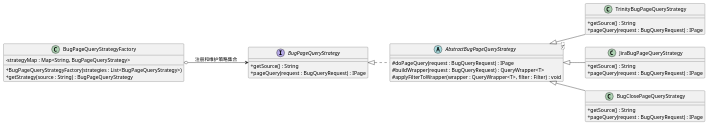
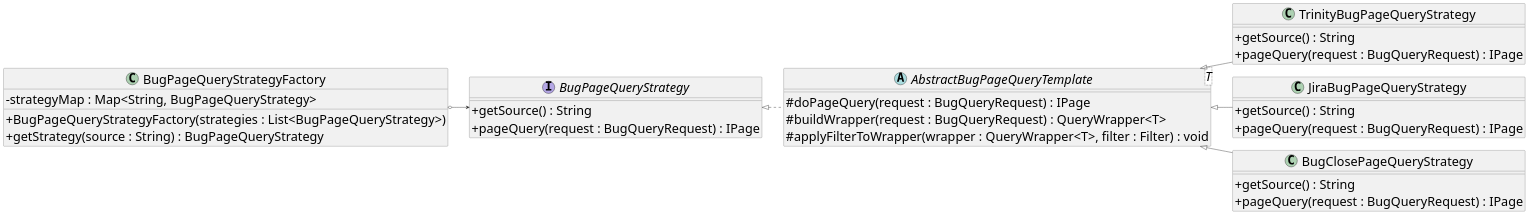
Before and after one commit to Moon-Knight1/SEU-Graduation-Thesis-Template: the diagram in imgs/code/缺陷管理/设计模式类图.puml, drawn with PlantUML. The commit also changed 45 other files, not shown here.

```diff
--- a/imgs/code/缺陷管理/设计模式类图.puml
+++ b/imgs/code/缺陷管理/设计模式类图.puml
@@ -1,45 +1,46 @@
 @startuml
+skinparam defaultFontSize 35
 skinparam classAttributeIconSize 0
 skinparam packageStyle rectangle
 left to right direction
 
     class BugPageQueryStrategyFactory {
         - strategyMap : Map<String, BugPageQueryStrategy>
         + BugPageQueryStrategyFactory(strategies : List<BugPageQueryStrategy>)
         + getStrategy(source : String) : BugPageQueryStrategy
     }
 
     interface BugPageQueryStrategy {
         + getSource() : String
         + pageQuery(request : BugQueryRequest) : IPage
     }
 
-    abstract class AbstractBugPageQueryStrategy<T> {
+    abstract class AbstractBugPageQueryTemplate<T> {
         # doPageQuery(request : BugQueryRequest) : IPage
         # buildWrapper(request : BugQueryRequest) : QueryWrapper<T>
         # applyFilterToWrapper(wrapper : QueryWrapper<T>, filter : Filter) : void
     }
 
     class TrinityBugPageQueryStrategy {
         + getSource() : String
         + pageQuery(request : BugQueryRequest) : IPage
     }
 
     class JiraBugPageQueryStrategy {
         + getSource() : String
         + pageQuery(request : BugQueryRequest) : IPage
     }
 
     class BugClosePageQueryStrategy {
         + getSource() : String
         + pageQuery(request : BugQueryRequest) : IPage
     }
 
-BugPageQueryStrategyFactory o--> BugPageQueryStrategy : 注册和维护策略集合
+BugPageQueryStrategyFactory o--> BugPageQueryStrategy
 
-BugPageQueryStrategy <|.. AbstractBugPageQueryStrategy
-AbstractBugPageQueryStrategy <|-- TrinityBugPageQueryStrategy
-AbstractBugPageQueryStrategy <|-- JiraBugPageQueryStrategy
-AbstractBugPageQueryStrategy <|-- BugClosePageQueryStrategy
+BugPageQueryStrategy <|.. AbstractBugPageQueryTemplate
+AbstractBugPageQueryTemplate<|-- TrinityBugPageQueryStrategy
+AbstractBugPageQueryTemplate<|-- JiraBugPageQueryStrategy
+AbstractBugPageQueryTemplate<|-- BugClosePageQueryStrategy
 
 @enduml
```
